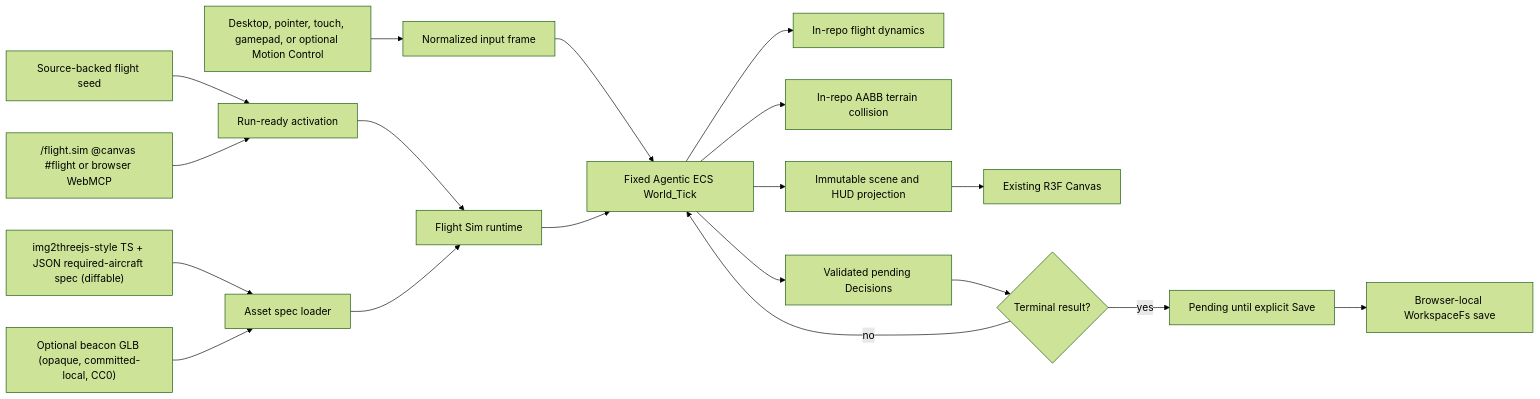
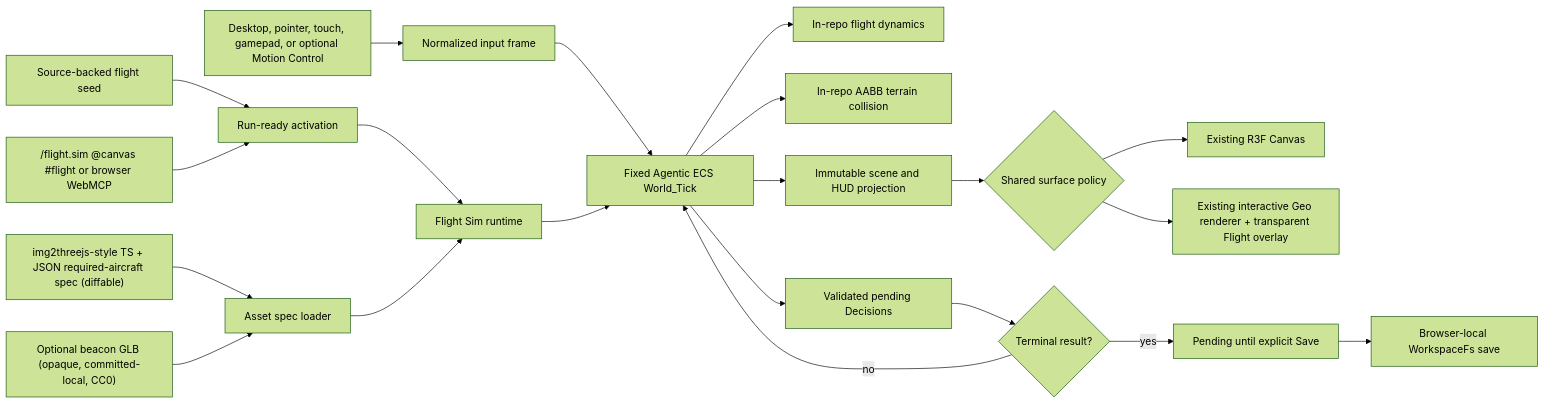
The diagram in docs/documents/knowgrph-game-flight-sim-prd-tad.md (huijoohwee/agentic-graph), drawn with Mermaid (forest theme) before and after one commit. The commit also changed other lines of this file and 19 other files, not shown here.

Commit message:
fix(flight-sim): overlay flight on geo surface

````diff
--- a/docs/documents/knowgrph-game-flight-sim-prd-tad.md
+++ b/docs/documents/knowgrph-game-flight-sim-prd-tad.md
@@ -231,21 +234,23 @@
 ```mermaid
 flowchart LR
   SEED["Source-backed flight seed"] --> ACTIVATE["Run-ready activation"]
   INVOKE["/flight.sim @canvas #flight or browser WebMCP"] --> ACTIVATE
   ACTIVATE --> RUNTIME["Flight Sim runtime"]
   ASSETS["Asset spec loader"] --> RUNTIME
   SPEC["img2threejs-style TS + JSON required-aircraft spec (diffable)"] --> ASSETS
   GLB["Optional beacon GLB (opaque, committed-local, CC0)"] --> ASSETS
   INPUT["Desktop, pointer, touch, gamepad, or optional Motion Control"] --> NORMALIZE["Normalized input frame"]
   NORMALIZE --> TICK["Fixed Agentic ECS World_Tick"]
   RUNTIME --> TICK
   TICK --> DYN["In-repo flight dynamics"]
   TICK --> COLLISION["In-repo AABB terrain collision"]
   TICK --> VIEW["Immutable scene and HUD projection"]
-  VIEW --> THREE["Existing R3F Canvas"]
+  VIEW --> SURFACE{"Shared surface policy"}
+  SURFACE --> THREE["Existing R3F Canvas"]
+  SURFACE --> GEO["Existing interactive Geo renderer + transparent Flight overlay"]
   TICK --> PENDING["Validated pending Decisions"]
   PENDING --> TERMINAL{"Terminal result?"}
   TERMINAL -->|no| TICK
   TERMINAL -->|yes| WAIT["Pending until explicit Save"]
   WAIT --> SAVE["Browser-local WorkspaceFs save"]
 ```
````
